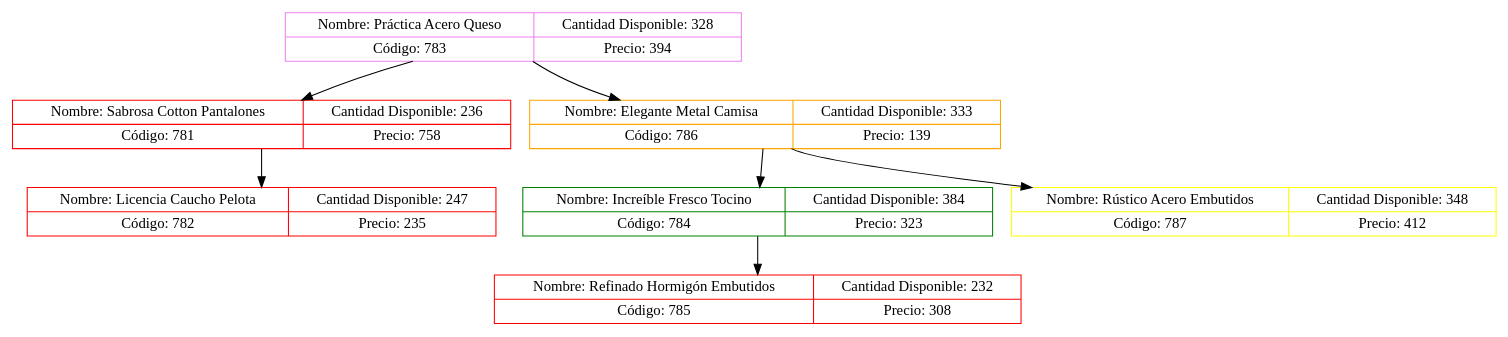
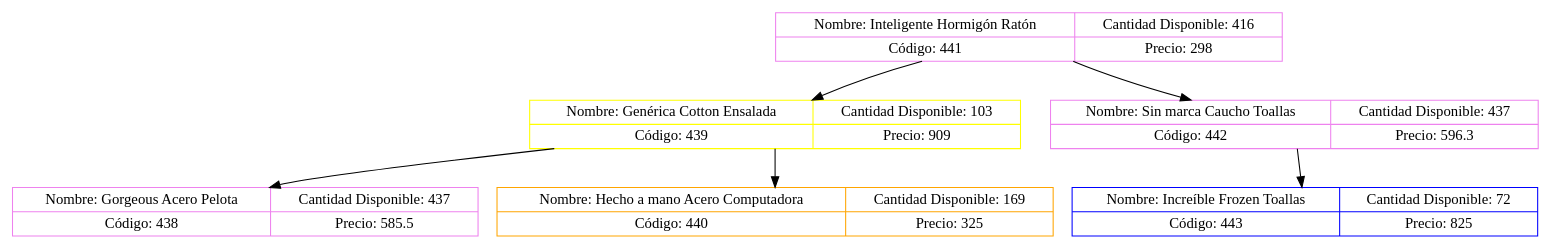
Before and after one commit to Daniel-Chicas/EDD_VirtualMall_201807079: the diagram in cliente/src/ImagenArbol/ArbolProductos.dot, drawn with Graphviz. The commit also changed 11 other files, not shown here.

```diff
--- a/cliente/src/ImagenArbol/ArbolProductos.dot
+++ b/cliente/src/ImagenArbol/ArbolProductos.dot
@@ -1,15 +1,13 @@
 digraph Arbol{node[shape="record"];
-node0xc0000e8360[label="{Nombre: Práctica Acero Queso|Código: 783}|{Cantidad Disponible: 328|Precio: 394}" color="violet"];
-node0xc0000e8240[label="{Nombre: Sabrosa Cotton Pantalones|Código: 781}|{Cantidad Disponible: 236|Precio: 758}" color="red"];
-node0xc0000e8360:f0->node0xc0000e8240:f1
-node0xc0000e83c0[label="{Nombre: Licencia Caucho Pelota|Código: 782}|{Cantidad Disponible: 247|Precio: 235}" color="red"];
-node0xc0000e8240:f2->node0xc0000e83c0:f1
-node0xc0000e81e0[label="{Nombre: Elegante Metal Camisa|Código: 786}|{Cantidad Disponible: 333|Precio: 139}" color="orange"];
-node0xc0000e8360:f2->node0xc0000e81e0:f1
-node0xc0000e8300[label="{Nombre: Increíble Fresco Tocino|Código: 784}|{Cantidad Disponible: 384|Precio: 323}" color="green"];
-node0xc0000e81e0:f0->node0xc0000e8300:f1
-node0xc0000e8420[label="{Nombre: Refinado Hormigón Embutidos|Código: 785}|{Cantidad Disponible: 232|Precio: 308}" color="red"];
-node0xc0000e8300:f2->node0xc0000e8420:f1
-node0xc0000e82a0[label="{Nombre: Rústico Acero Embutidos|Código: 787}|{Cantidad Disponible: 348|Precio: 412}" color="yellow"];
-node0xc0000e81e0:f2->node0xc0000e82a0:f1
+node0xc000110900[label="{Nombre: Inteligente Hormigón Ratón|Código: 441}|{Cantidad Disponible: 416|Precio: 298}" color="violet"];
+node0xc0001108a0[label="{Nombre: Genérica Cotton Ensalada|Código: 439}|{Cantidad Disponible: 103|Precio: 909}" color="yellow"];
+node0xc000110900:f0->node0xc0001108a0:f1
+node0xc0001107e0[label="{Nombre: Gorgeous Acero Pelota|Código: 438}|{Cantidad Disponible: 437|Precio: 585.5}" color="violet"];
+node0xc0001108a0:f0->node0xc0001107e0:f1
+node0xc0001109c0[label="{Nombre: Hecho a mano Acero Computadora|Código: 440}|{Cantidad Disponible: 169|Precio: 325}" color="orange"];
+node0xc0001108a0:f2->node0xc0001109c0:f1
+node0xc000110840[label="{Nombre: Sin marca Caucho Toallas|Código: 442}|{Cantidad Disponible: 437|Precio: 596.3}" color="violet"];
+node0xc000110900:f2->node0xc000110840:f1
+node0xc000110960[label="{Nombre: Increíble Frozen Toallas|Código: 443}|{Cantidad Disponible: 72|Precio: 825}" color="blue"];
+node0xc000110840:f2->node0xc000110960:f1
 }
```
